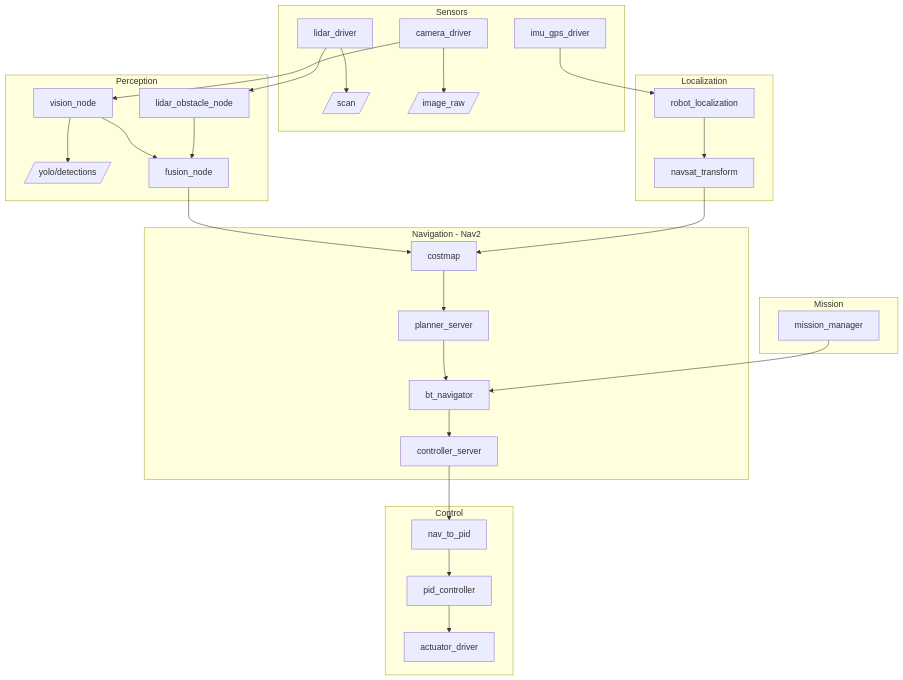
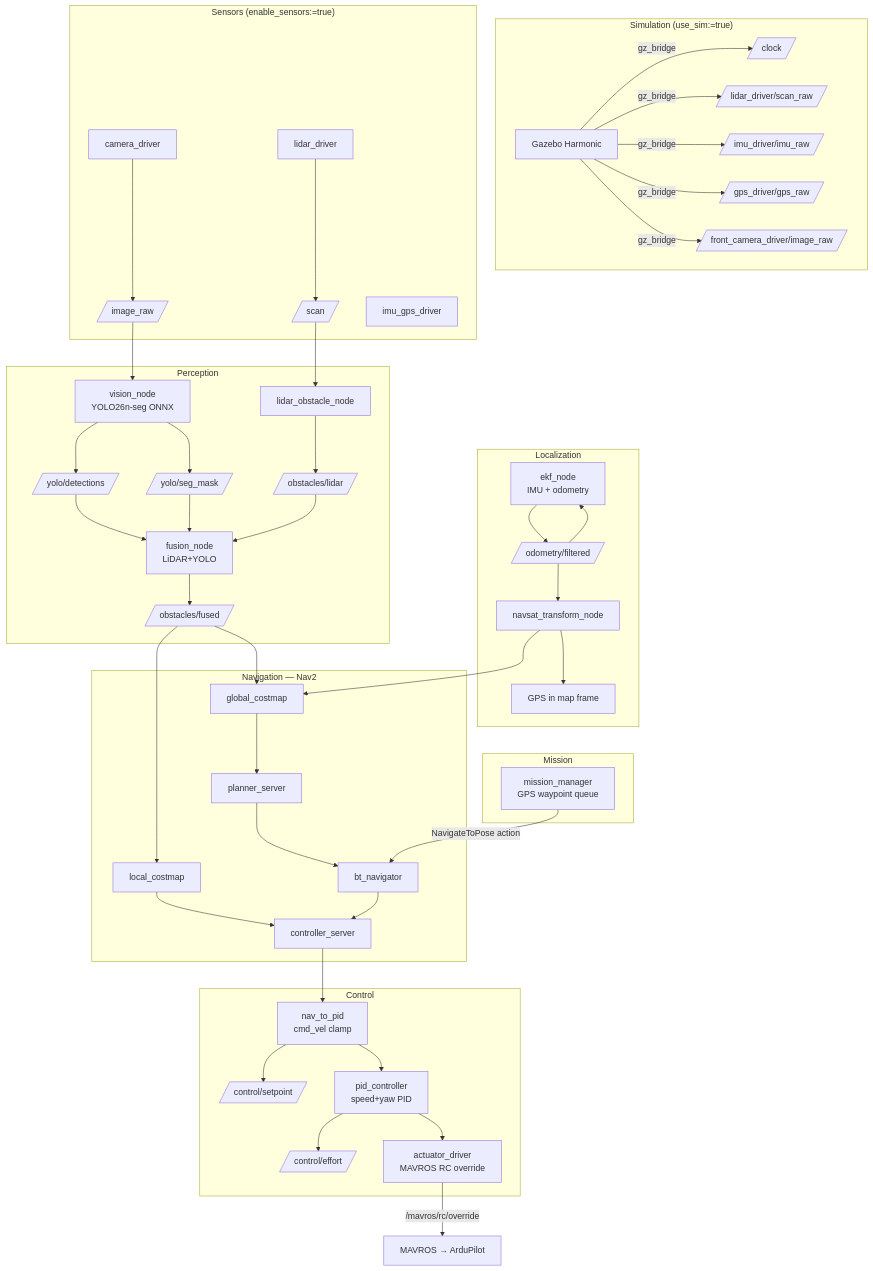
The diagram in README.md (NODE-Engineering-Club/node-ros-2026), drawn with Mermaid before and after one commit. The commit also changed other lines of this file, not shown here.

````diff
--- a/README.md
+++ b/README.md
@@ -82,52 +80,66 @@
 ```mermaid
 flowchart TD
-    subgraph Sensors
-        L[lidar_driver] --> Scan[/scan/]
-        C[camera_driver] --> Image[/image_raw/]
-        I[imu_gps_driver]
+    subgraph Sim["Simulation (use_sim:=true)"]
+        GZ[Gazebo Harmonic] -->|gz_bridge| CLK[/clock/]
+        GZ -->|gz_bridge| LIDAR_SIM[/lidar_driver/scan_raw/]
+        GZ -->|gz_bridge| IMU_SIM[/imu_driver/imu_raw/]
+        GZ -->|gz_bridge| GPS_SIM[/gps_driver/gps_raw/]
+        GZ -->|gz_bridge| CAM_SIM[/front_camera_driver/image_raw/]
+    end
+
+    subgraph Sensors["Sensors (enable_sensors:=true)"]
+        LD[lidar_driver] --> Scan[/scan/]
+        CD[camera_driver] --> Image[/image_raw/]
+        IG[imu_gps_driver]
     end
 
     subgraph Perception
-        Y[vision_node] --> Det[/yolo/detections/]
-        O[lidar_obstacle_node]
-        F[fusion_node]
+        Y[vision_node<br/>YOLO26n-seg ONNX] --> Det[/yolo/detections/]
+        Y --> Mask[/yolo/seg_mask/]
+        LO[lidar_obstacle_node] --> LidarPts[/obstacles/lidar/]
+        FN[fusion_node<br/>LiDAR+YOLO] --> Fused[/obstacles/fused/]
     end
 
     subgraph Localization
-        RL[robot_localization]
-        NT[navsat_transform]
+        EKF[ekf_node<br/>IMU + odometry] --> OdomF[/odometry/filtered/]
+        NS[navsat_transform_node] --> GPSF[GPS in map frame]
     end
 
-    subgraph Navigation[Navigation - Nav2]
-        CM[costmap]
+    subgraph Navigation["Navigation — Nav2"]
+        GCM[global_costmap]
+        LCM[local_costmap]
         PS[planner_server]
         CS[controller_server]
         BT[bt_navigator]
     end
 
     subgraph Control
-        N2P[nav_to_pid]
-        PID[pid_controller]
-        ACT[actuator_driver]
+        N2P[nav_to_pid<br/>cmd_vel clamp] --> SP[/control/setpoint/]
+        PID[pid_controller<br/>speed+yaw PID] --> Effort[/control/effort/]
+        ACT[actuator_driver<br/>MAVROS RC override]
     end
 
     subgraph Mission
-        MM[mission_manager]
+        MM[mission_manager<br/>GPS waypoint queue]
     end
 
-    C --> Y
-    L --> O
-    Y --> F
-    O --> F
-    F --> CM
-    I --> RL
-    RL --> NT
-    NT --> CM
-    CM --> PS
+    Image --> Y
+    Scan --> LO
+    Det --> FN
+    Mask --> FN
+    LidarPts --> FN
+    Fused --> GCM
+    Fused --> LCM
+    OdomF --> EKF
+    OdomF --> NS
+    NS --> GCM
+    GCM --> PS
+    LCM --> CS
     PS --> BT
     BT --> CS
     CS --> N2P
     N2P --> PID
     PID --> ACT
-    MM --> BT
+    ACT -->|/mavros/rc/override| MAVROS[MAVROS → ArduPilot]
+    MM -->|NavigateToPose action| BT
 ```
````
